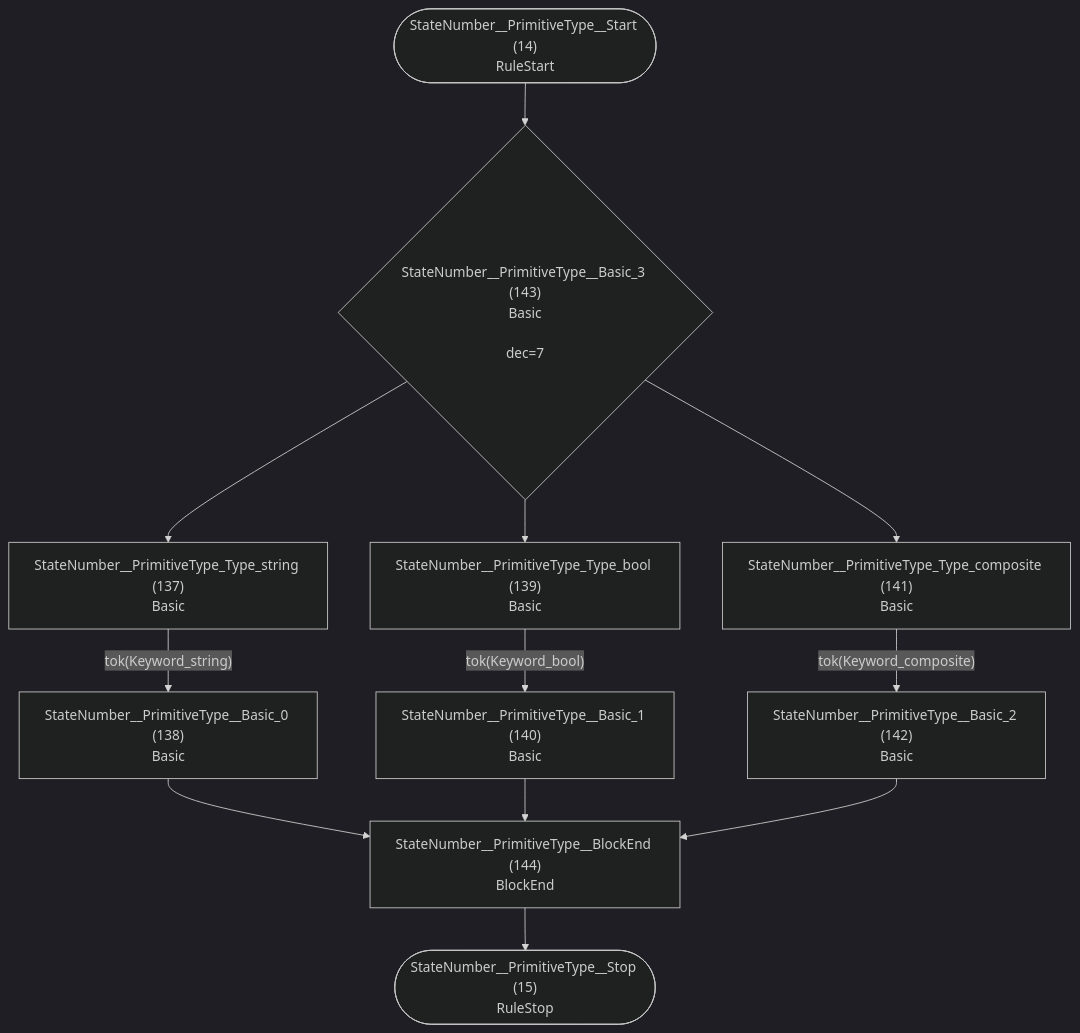
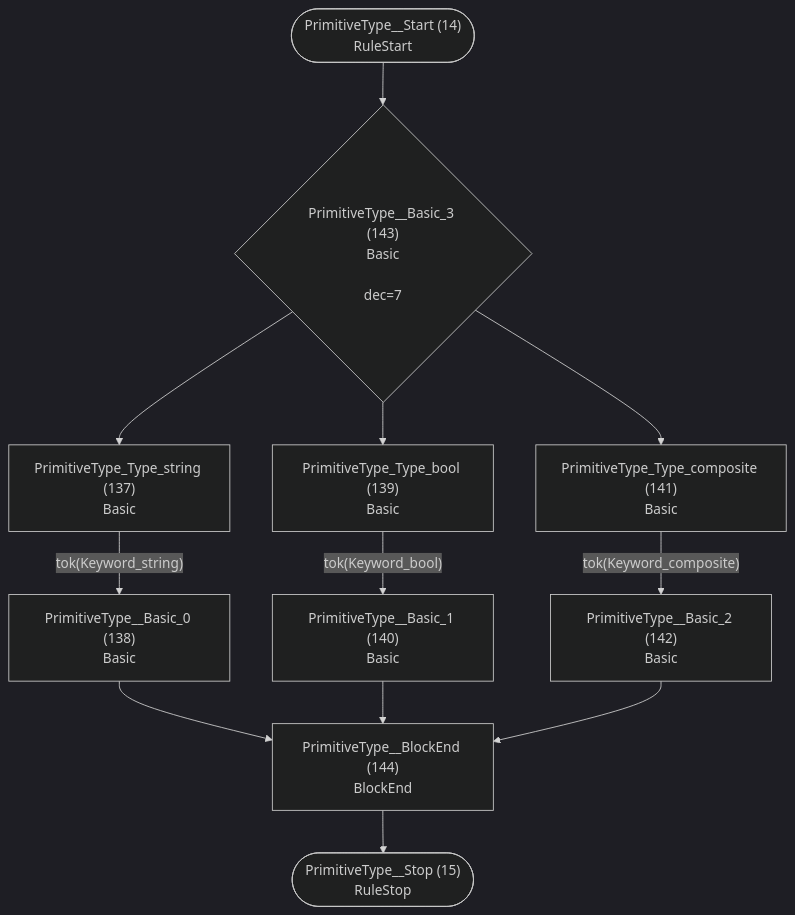
One commit to TypeFox/fastbelt changed the eighth of 37 diagrams in internal/grammar/atn.md. Above: the diagram before and after it, drawn with Mermaid (dark theme). The commit also changed other lines of this file and 26 other files, not shown here.

````diff
--- a/internal/grammar/atn.md
+++ b/internal/grammar/atn.md
@@ -214,25 +214,25 @@
 ```mermaid
 flowchart TD
-    q14(["StateNumber__PrimitiveType__Start (14)<br/>RuleStart"])
-    q15(["StateNumber__PrimitiveType__Stop (15)<br/>RuleStop"])
-    q137["StateNumber__PrimitiveType_Type_string (137)<br/>Basic<br/>"]
-    q138["StateNumber__PrimitiveType__Basic_0 (138)<br/>Basic<br/>"]
-    q139["StateNumber__PrimitiveType_Type_bool (139)<br/>Basic<br/>"]
-    q140["StateNumber__PrimitiveType__Basic_1 (140)<br/>Basic<br/>"]
-    q141["StateNumber__PrimitiveType_Type_composite (141)<br/>Basic<br/>"]
-    q142["StateNumber__PrimitiveType__Basic_2 (142)<br/>Basic<br/>"]
-    q143{"StateNumber__PrimitiveType__Basic_3 (143)<br/>Basic<br/><br/>dec=7"}
-    q144["StateNumber__PrimitiveType__BlockEnd (144)<br/>BlockEnd<br/>"]
+    q14(["PrimitiveType__Start (14)<br/>RuleStart"])
+    q15(["PrimitiveType__Stop (15)<br/>RuleStop"])
+    q137["PrimitiveType_Type_string (137)<br/>Basic<br/>"]
+    q138["PrimitiveType__Basic_0 (138)<br/>Basic<br/>"]
+    q139["PrimitiveType_Type_bool (139)<br/>Basic<br/>"]
+    q140["PrimitiveType__Basic_1 (140)<br/>Basic<br/>"]
+    q141["PrimitiveType_Type_composite (141)<br/>Basic<br/>"]
+    q142["PrimitiveType__Basic_2 (142)<br/>Basic<br/>"]
+    q143{"PrimitiveType__Basic_3 (143)<br/>Basic<br/><br/>dec=7"}
+    q144["PrimitiveType__BlockEnd (144)<br/>BlockEnd<br/>"]
 
     q14 --> q143
     q137 -->|"tok(Keyword_string)"| q138
     q138 --> q144
     q139 -->|"tok(Keyword_bool)"| q140
     q140 --> q144
     q141 -->|"tok(Keyword_composite)"| q142
     q142 --> q144
     q143 --> q137
     q143 --> q139
     q143 --> q141
     q144 --> q15
 ```
````
